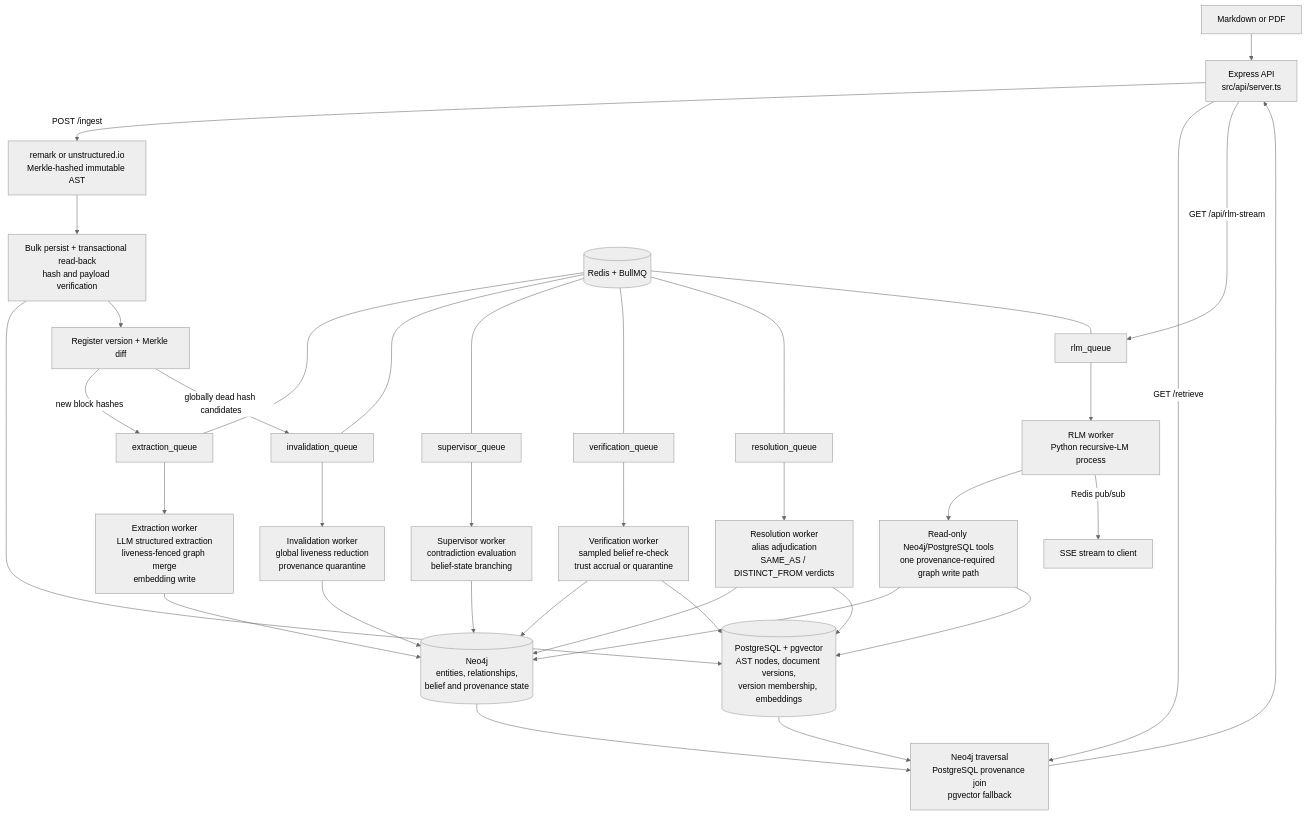
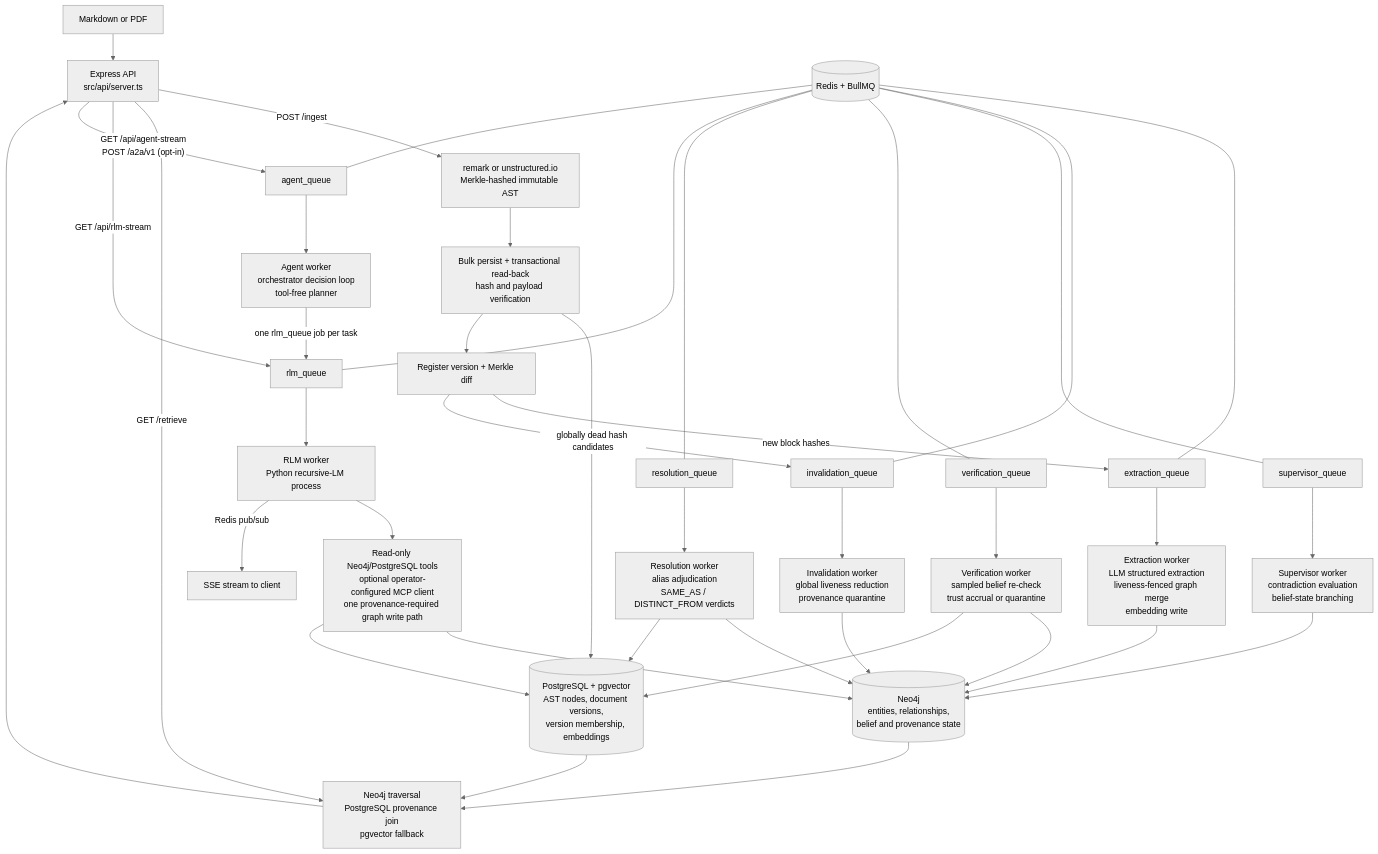
Before and after one commit to OpenCnid/trellis: the diagram in TRELLIS_ROADMAP.md, drawn with Mermaid (neutral theme). The commit also changed other lines of this file and 1 other file, not shown here.

Commit message:
Realign Session 13 to documentation/consolidation, move the frontend to Session 14, and fix roadmap §1 drift

````diff
--- a/TRELLIS_ROADMAP.md
+++ b/TRELLIS_ROADMAP.md
@@ -15,44 +15,49 @@
 ```mermaid
 flowchart TD
     Input["Markdown or PDF"] --> API["Express API<br/>src/api/server.ts"]
 
     API -->|"POST /ingest"| Parse["remark or unstructured.io<br/>Merkle-hashed immutable AST"]
     Parse --> Verify["Bulk persist + transactional read-back<br/>hash and payload verification"]
     Verify --> PG[("PostgreSQL + pgvector<br/>AST nodes, document versions,<br/>version membership, embeddings")]
     Verify --> Diff["Register version + Merkle diff"]
     Diff -->|"new block hashes"| EQ["extraction_queue"]
     Diff -->|"globally dead hash candidates"| IQ["invalidation_queue"]
 
     EQ --> EW["Extraction worker<br/>LLM structured extraction<br/>liveness-fenced graph merge<br/>embedding write"]
     IQ --> IW["Invalidation worker<br/>global liveness reduction<br/>provenance quarantine"]
     EW --> Neo[("Neo4j<br/>entities, relationships,<br/>belief and provenance state")]
     IW --> Neo
 
     SQ["supervisor_queue"] --> SW["Supervisor worker<br/>contradiction evaluation<br/>belief-state branching"]
     VQ["verification_queue"] --> VW["Verification worker<br/>sampled belief re-check<br/>trust accrual or quarantine"]
     RSQ["resolution_queue"] --> RSW["Resolution worker<br/>alias adjudication<br/>SAME_AS / DISTINCT_FROM verdicts"]
     SW --> Neo
     VW --> Neo
     VW --> PG
     RSW --> Neo
     RSW --> PG
 
     API -->|"GET /retrieve"| Retrieve["Neo4j traversal<br/>PostgreSQL provenance join<br/>pgvector fallback"]
     Neo --> Retrieve
     PG --> Retrieve
     Retrieve --> API
 
     API -->|"GET /api/rlm-stream"| RQ["rlm_queue"]
     RQ --> RW["RLM worker<br/>Python recursive-LM process"]
-    RW --> Tools["Read-only Neo4j/PostgreSQL tools<br/>one provenance-required graph write path"]
+    RW --> Tools["Read-only Neo4j/PostgreSQL tools<br/>optional operator-configured MCP client<br/>one provenance-required graph write path"]
     Tools --> Neo
     Tools --> PG
     RW -->|"Redis pub/sub"| SSE["SSE stream to client"]
+
+    API -->|"GET /api/agent-stream<br/>POST /a2a/v1 (opt-in)"| AQ["agent_queue"]
+    AQ --> AW["Agent worker<br/>orchestrator decision loop<br/>tool-free planner"]
+    AW -->|"one rlm_queue job per task"| RQ
 
     Redis[("Redis + BullMQ")] --- EQ
     Redis --- IQ
     Redis --- SQ
     Redis --- VQ
     Redis --- RSQ
     Redis --- RQ
+    Redis --- AQ
 ```
````
